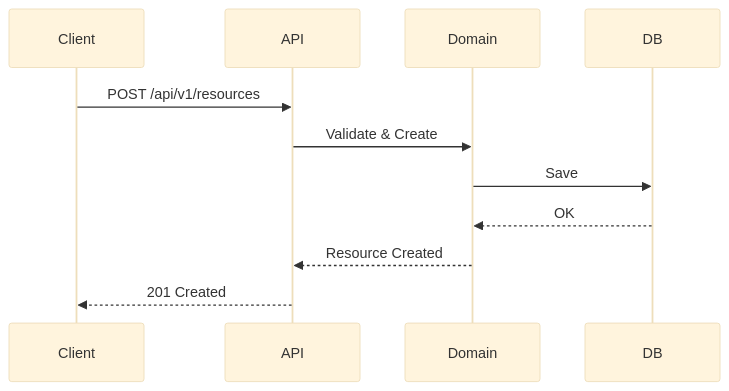
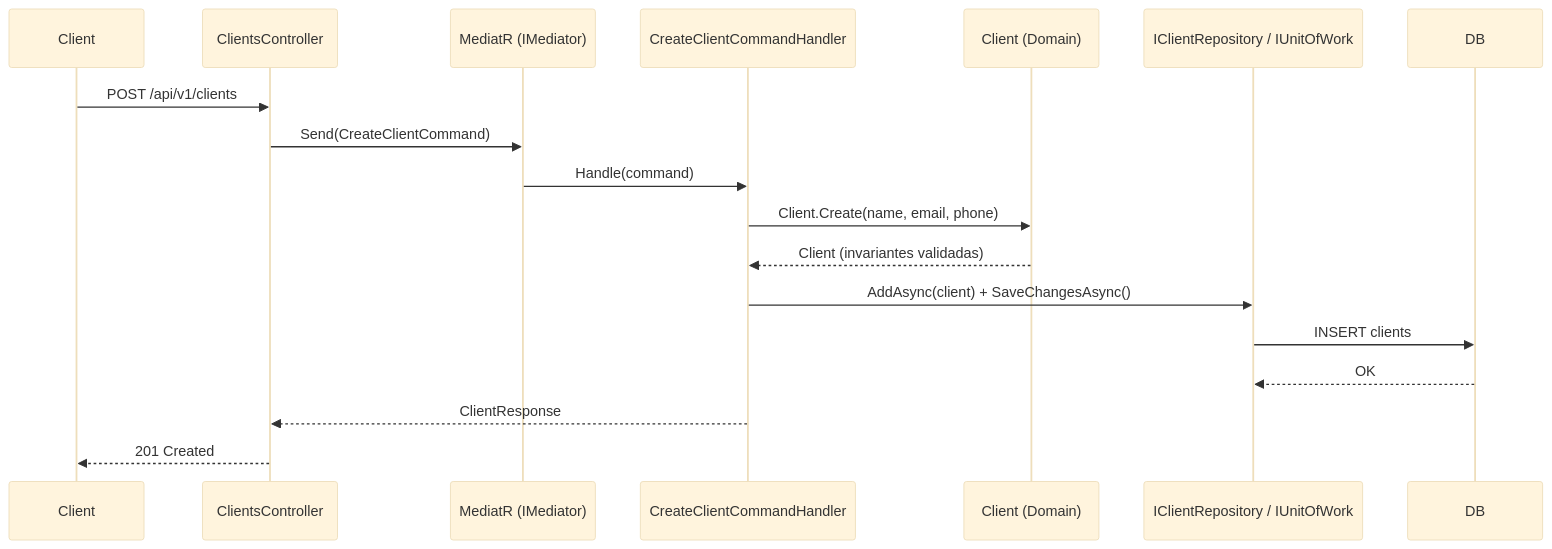
Before and after one commit to ebugedo/poc-sdd-net-core-api: the first of 4 diagrams in design/flows/system-flows.md, drawn with Mermaid (base theme). The commit also changed other lines of this file and 28 other files, not shown here.

````diff
--- a/design/flows/system-flows.md
+++ b/design/flows/system-flows.md
@@ -5,14 +5,21 @@
 ```mermaid
 sequenceDiagram
     participant Client
-    participant API
-    participant Domain
+    participant API as ClientsController
+    participant Mediator as MediatR (IMediator)
+    participant Handler as CreateClientCommandHandler
+    participant Domain as Client (Domain)
+    participant Repo as IClientRepository / IUnitOfWork
     participant DB
 
-    Client->>API: POST /api/v1/resources
-    API->>Domain: Validate & Create
-    Domain->>DB: Save
-    DB-->>Domain: OK
-    Domain-->>API: Resource Created
+    Client->>API: POST /api/v1/clients
+    API->>Mediator: Send(CreateClientCommand)
+    Mediator->>Handler: Handle(command)
+    Handler->>Domain: Client.Create(name, email, phone)
+    Domain-->>Handler: Client (invariantes validadas)
+    Handler->>Repo: AddAsync(client) + SaveChangesAsync()
+    Repo->>DB: INSERT clients
+    DB-->>Repo: OK
+    Handler-->>API: ClientResponse
     API-->>Client: 201 Created
 ```
````
